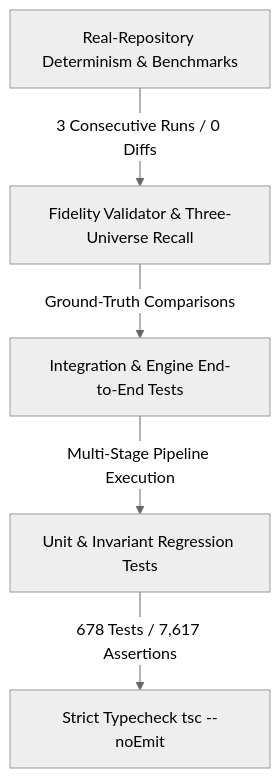
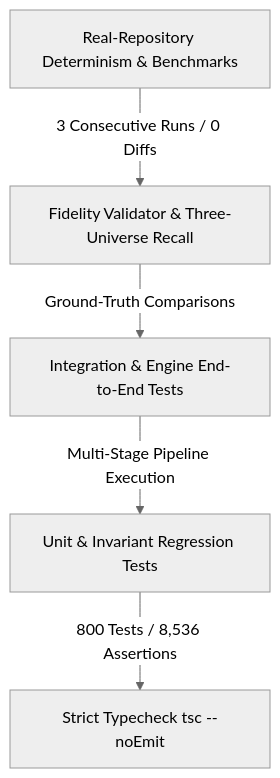
The diagram in docs/development/testing-strategy.md (raitaskeen/LegacyExodus), drawn with Mermaid (neutral theme) before and after one commit. The commit also changed other lines of this file and 20 other files, not shown here.

````diff
--- a/docs/development/testing-strategy.md
+++ b/docs/development/testing-strategy.md
@@ -9,7 +9,7 @@
 ```mermaid
 flowchart TD
     A["Real-Repository Determinism & Benchmarks"] -->|3 Consecutive Runs / 0 Diffs| B["Fidelity Validator & Three-Universe Recall"]
     B -->|Ground-Truth Comparisons| C["Integration & Engine End-to-End Tests"]
     C -->|Multi-Stage Pipeline Execution| D["Unit & Invariant Regression Tests"]
-    D -->|678 Tests / 7,617 Assertions| E["Strict Typecheck tsc --noEmit"]
+    D -->|800 Tests / 8,536 Assertions| E["Strict Typecheck tsc --noEmit"]
 ```
````
